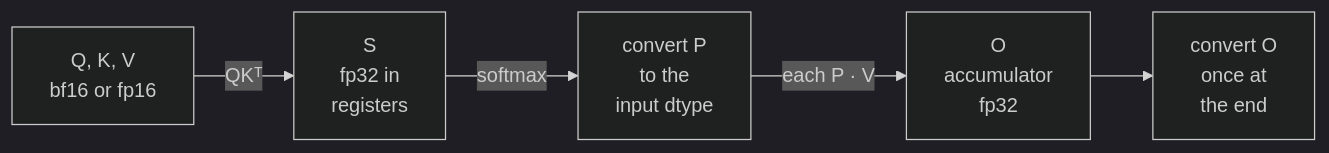
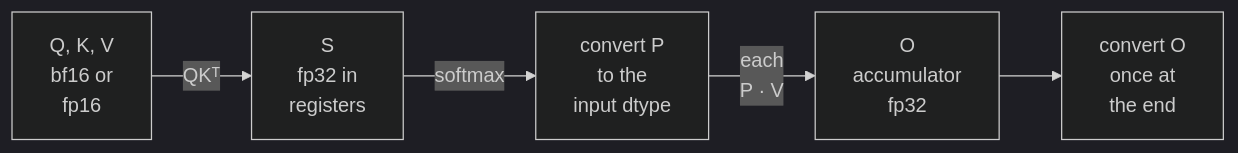
The third of 4 diagrams in 04-inference-engine/flash-attention/flash-attention-deep-dive.md (aniryou/full-stack-agentic-engineer), drawn with Mermaid (dark theme) before and after one commit. The commit also changed other lines of this file and 211 other files, not shown here.

````diff
--- a/04-inference-engine/flash-attention/flash-attention-deep-dive.md
+++ b/04-inference-engine/flash-attention/flash-attention-deep-dive.md
@@ -1038,12 +1062,12 @@
 ```mermaid
 flowchart LR
-  I["Q, K, V<br/>bf16 or fp16"]
+  I["Q, K, V<br/>bf16 or<br/>fp16"]
   S["S<br/>fp32 in<br/>registers"]
   RP["convert P<br/>to the<br/>input dtype"]
   O["O<br/>accumulator<br/>fp32"]
   RO["convert O<br/>once at<br/>the end"]
   I -->|"QKᵀ"| S
   S -->|"softmax"| RP
-  RP -->|"each P · V"| O
+  RP -->|"each<br/>P · V"| O
   O --> RO
 ```
````
